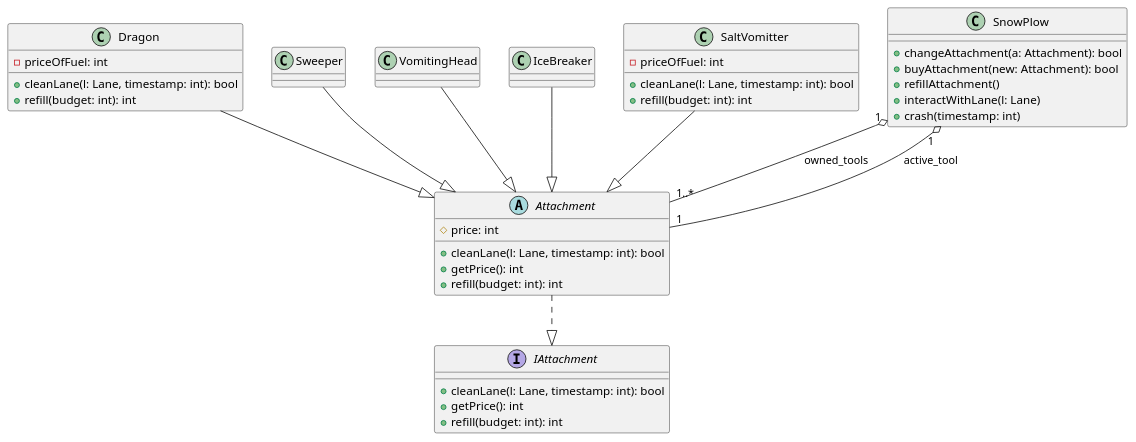
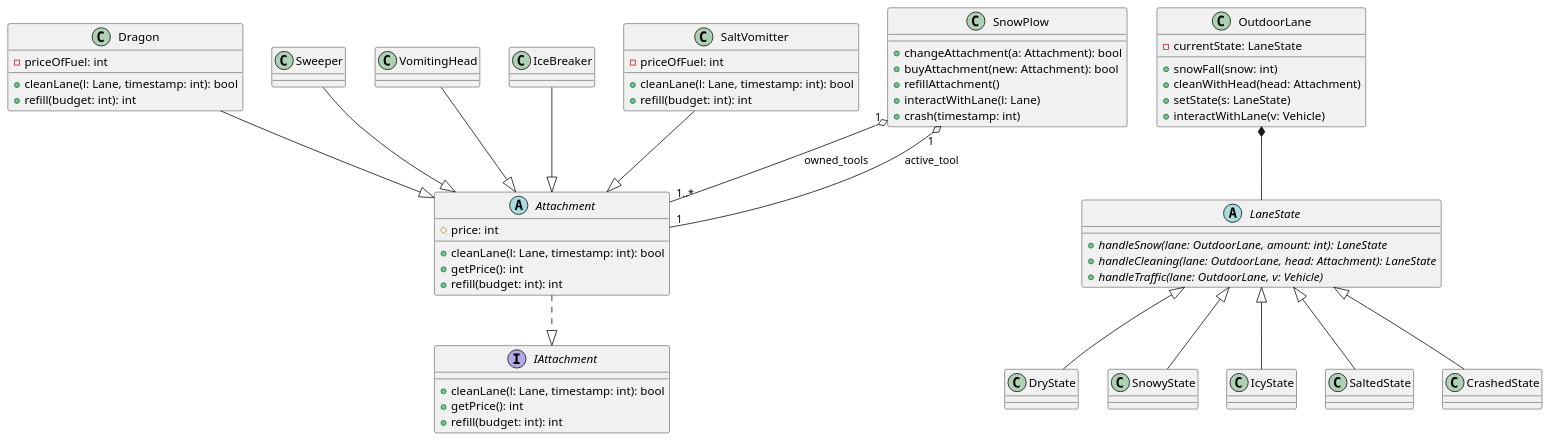
One commit to toth-andor/UneNotteANapoli changed the diagram in docs/04/diagrams/class-diagram2.puml. Above: the diagram before and after it, drawn with PlantUML. The commit also changed 1 other file, not shown here.

Commit message:
Move LaneState and its children to diagram2

```diff
--- a/docs/04/diagrams/class-diagram2.puml
+++ b/docs/04/diagrams/class-diagram2.puml
@@ -1,50 +1,79 @@
 @startuml class-diag2
 
 abstract Attachment {
   # price: int
   + cleanLane(l: Lane, timestamp: int): bool
   + getPrice(): int
   + refill(budget: int): int
 }
 
 interface IAttachment {
   + cleanLane(l: Lane, timestamp: int): bool
   + getPrice(): int
   + refill(budget: int): int
 }
 
 class Dragon {
   - priceOfFuel: int
   + cleanLane(l: Lane, timestamp: int): bool
   + refill(budget: int): int
 }
 class Sweeper
 class VomitingHead
 class IceBreaker
 class SaltVomitter {
   - priceOfFuel: int
   + cleanLane(l: Lane, timestamp: int): bool
   + refill(budget: int): int
 }
 
 class SnowPlow {
   + changeAttachment(a: Attachment): bool
   + buyAttachment(new: Attachment): bool
   + refillAttachment()
   + interactWithLane(l: Lane)
   + crash(timestamp: int)
 }
 
 
+abstract LaneState {
+  {abstract} + handleSnow(lane: OutdoorLane, amount: int): LaneState
+  {abstract} + handleCleaning(lane: OutdoorLane, head: Attachment): LaneState
+  {abstract} + handleTraffic(lane: OutdoorLane, v: Vehicle)
+}
+
+class DryState
+class SnowyState
+class IcyState
+class SaltedState
+class CrashedState
+
+class OutdoorLane {
+  - currentState: LaneState
+  + snowFall(snow: int)
+  + cleanWithHead(head: Attachment)
+  + setState(s: LaneState)
+  + interactWithLane(v: Vehicle)
+}
+
+
+LaneState <|-- DryState
+LaneState <|-- SnowyState
+LaneState <|-- IcyState
+LaneState <|-- SaltedState
+LaneState <|-- CrashedState
+
+OutdoorLane *-- LaneState
+
 Dragon --|> Attachment
 Sweeper --|> Attachment
 VomitingHead --|> Attachment
 IceBreaker --|> Attachment
 SaltVomitter --|> Attachment
 Attachment ..|> IAttachment
 
 
 SnowPlow "1" o-- "1..*" Attachment : owned_tools
 SnowPlow "1" o-- "1" Attachment : active_tool
 
 @enduml
```
